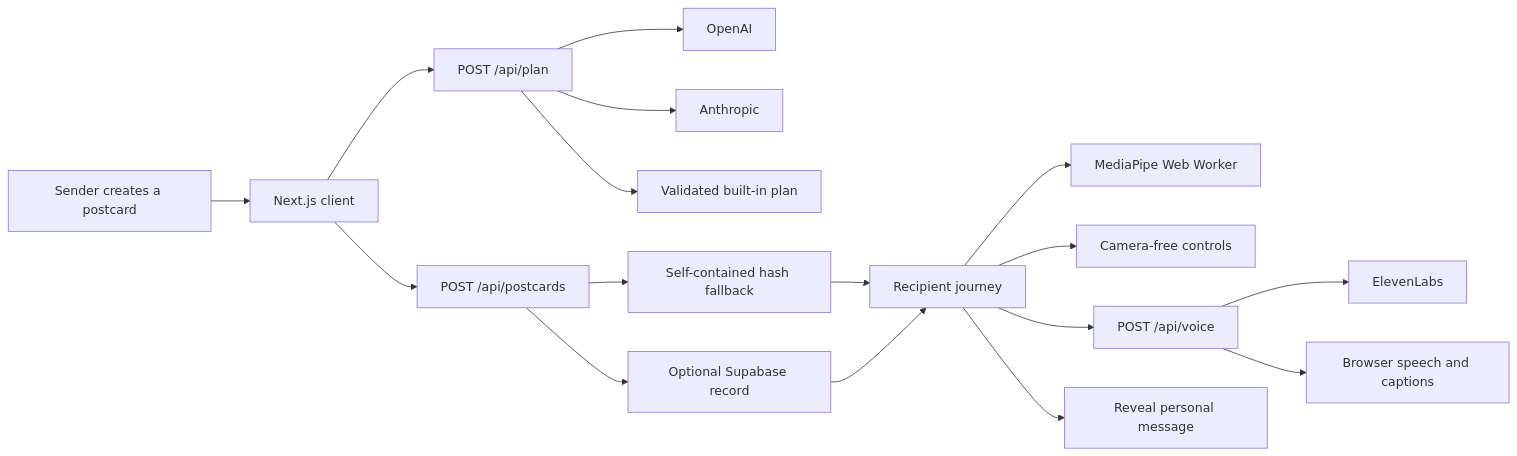
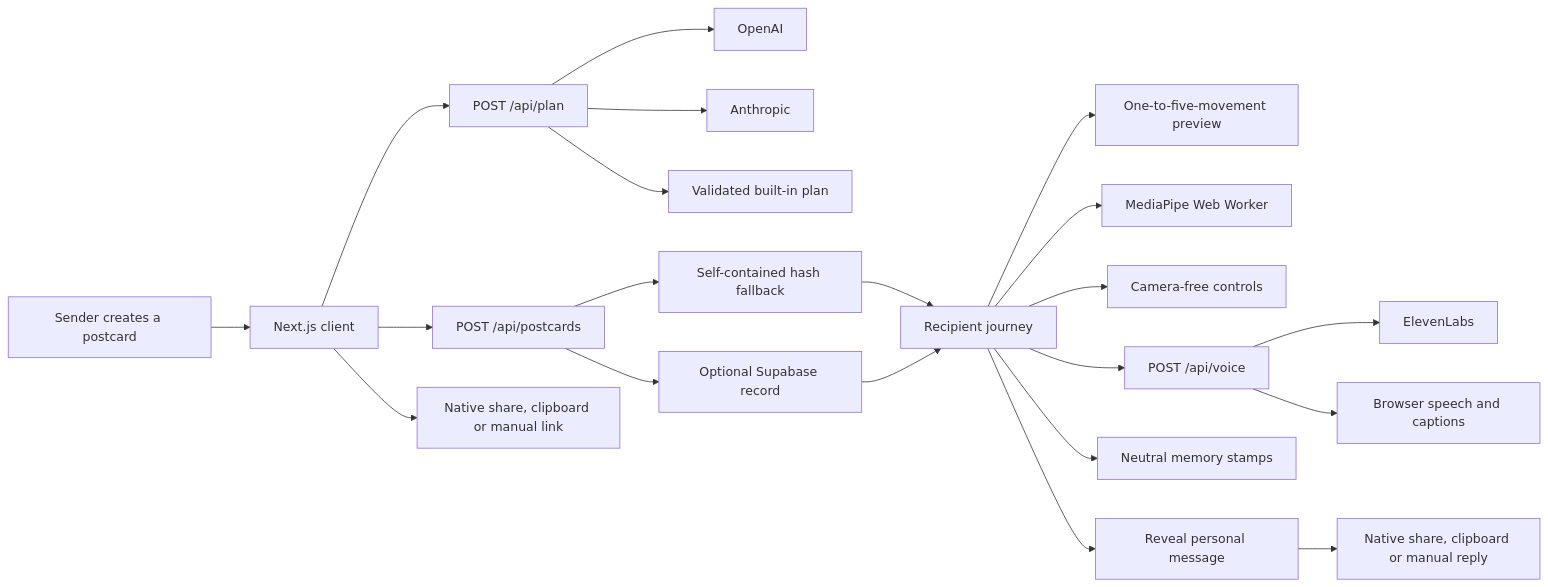
Before and after one commit to MasteraSnackin/MoveMail: the first of 3 diagrams in README.md, drawn with Mermaid. The commit also changed other lines of this file and 1 other file, not shown here.

Commit message:
Update README and architecture documentation

````diff
--- a/README.md
+++ b/README.md
@@ -69,19 +143,23 @@
 ```mermaid
 flowchart LR
     Sender["Sender creates a postcard"] --> UI["Next.js client"]
     UI --> Plan["POST /api/plan"]
     Plan --> OpenAI["OpenAI"]
     Plan --> Claude["Anthropic"]
     Plan --> BuiltIn["Validated built-in plan"]
     UI --> Store["POST /api/postcards"]
     Store --> Supabase["Optional Supabase record"]
     Store --> Hash["Self-contained hash fallback"]
+    UI --> Share["Native share, clipboard or manual link"]
     Hash --> Player["Recipient journey"]
     Supabase --> Player
+    Player --> Preview["One-to-five-movement preview"]
     Player --> Worker["MediaPipe Web Worker"]
     Player --> Controls["Camera-free controls"]
     Player --> Voice["POST /api/voice"]
     Voice --> ElevenLabs["ElevenLabs"]
     Voice --> BrowserVoice["Browser speech and captions"]
+    Player --> Stamps["Neutral memory stamps"]
     Player --> Reveal["Reveal personal message"]
+    Reveal --> Reply["Native share, clipboard or manual reply"]
 ```
````
